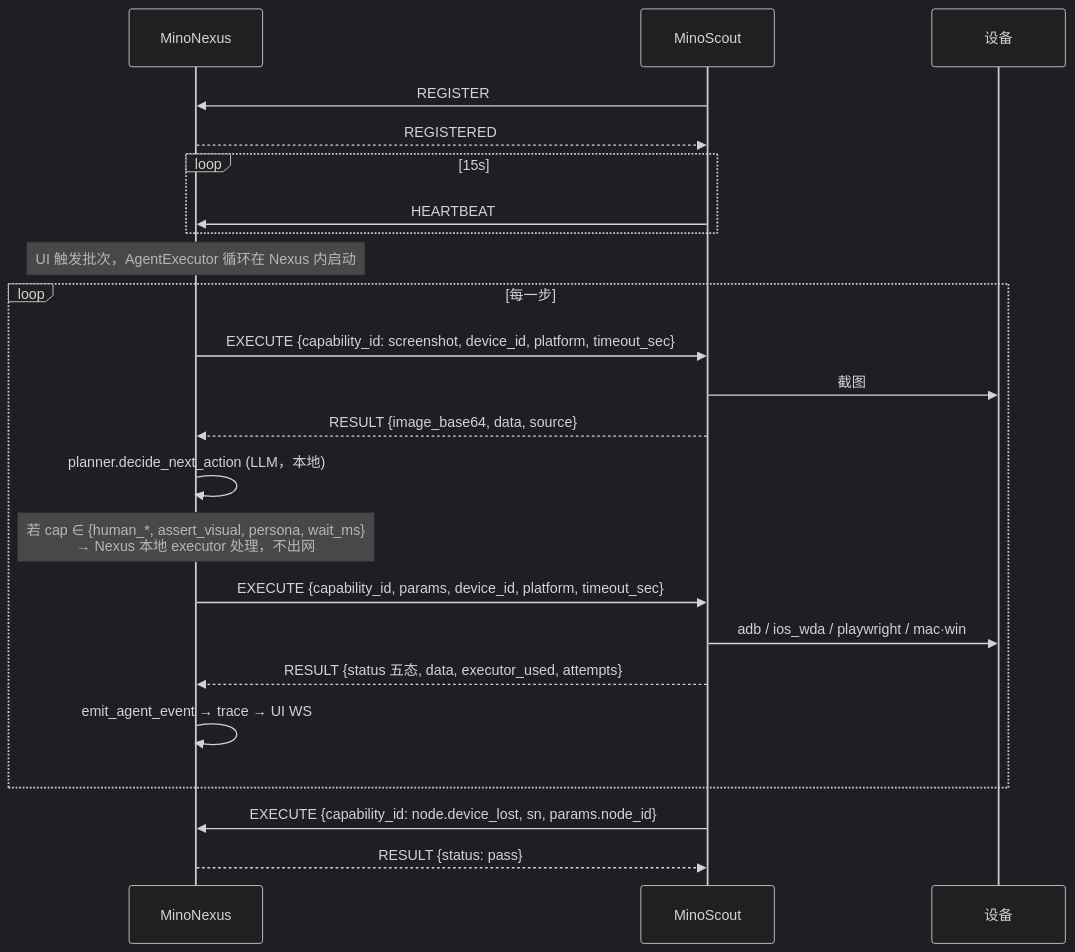
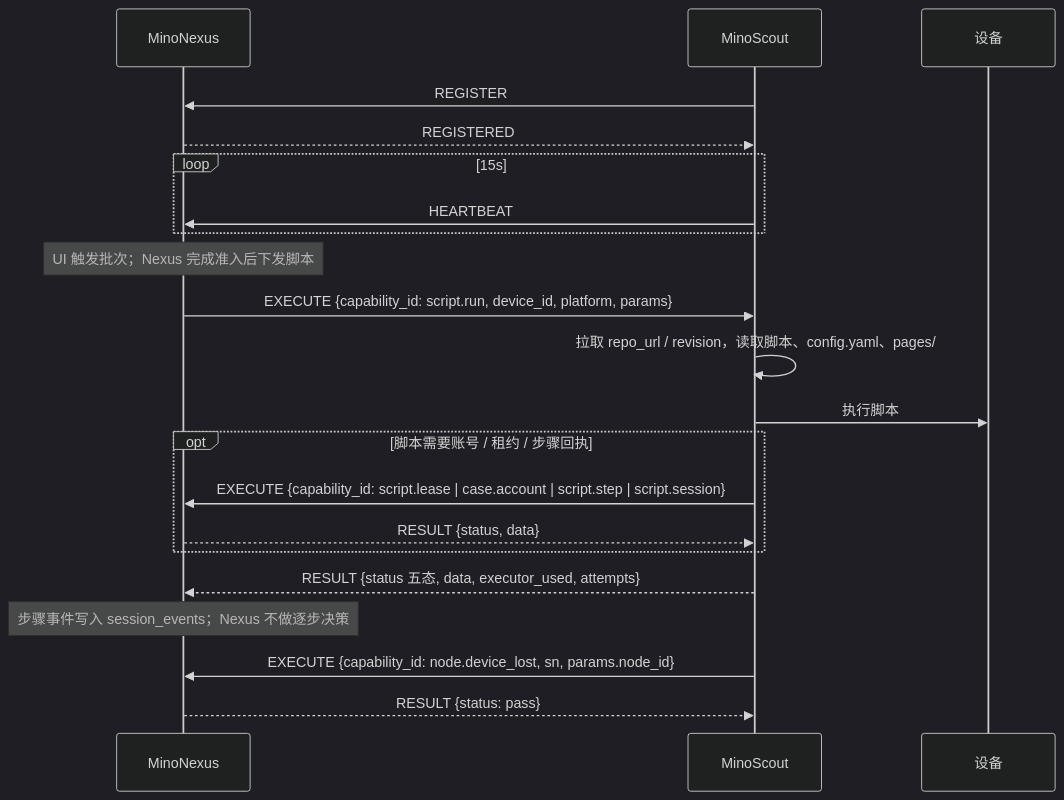
Before and after one commit to Cpc0101/MinoScout: the diagram in docs/PROTOCOL.md, drawn with Mermaid (dark theme). The commit also changed other lines of this file and 21 other files, not shown here.

````diff
--- a/docs/PROTOCOL.md
+++ b/docs/PROTOCOL.md
@@ -392,28 +392,26 @@
 ```mermaid
 sequenceDiagram
   participant N as MinoNexus
   participant S as MinoScout
   participant D as 设备
 
   S->>N: REGISTER
   N-->>S: REGISTERED
   loop 15s
     S->>N: HEARTBEAT
   end
 
-  Note over N: UI 触发批次，AgentExecutor 循环在 Nexus 内启动
-  loop 每一步
-    N->>S: EXECUTE {capability_id: screenshot, device_id, platform, timeout_sec}
-    S->>D: 截图
-    S-->>N: RESULT {image_base64, data, source}
-    N->>N: planner.decide_next_action (LLM，本地)
-    Note over N: 若 cap ∈ {human_*, assert_visual, persona, wait_ms}<br/>→ Nexus 本地 executor 处理，不出网
-    N->>S: EXECUTE {capability_id, params, device_id, platform, timeout_sec}
-    S->>D: adb / ios_wda / playwright / mac·win
-    S-->>N: RESULT {status 五态, data, executor_used, attempts}
-    N->>N: emit_agent_event → trace → UI WS
+  Note over N: UI 触发批次；Nexus 完成准入后下发脚本
+  N->>S: EXECUTE {capability_id: script.run, device_id, platform, params}
+  S->>S: 拉取 repo_url / revision，读取脚本、config.yaml、pages/
+  S->>D: 执行脚本
+  opt 脚本需要账号 / 租约 / 步骤回执
+    S->>N: EXECUTE {capability_id: script.lease | case.account | script.step | script.session}
+    N-->>S: RESULT {status, data}
   end
+  S-->>N: RESULT {status 五态, data, executor_used, attempts}
+  Note over N: 步骤事件写入 session_events；Nexus 不做逐步决策
 
   S->>N: EXECUTE {capability_id: node.device_lost, sn, params.node_id}
   N-->>S: RESULT {status: pass}
 ```
````
